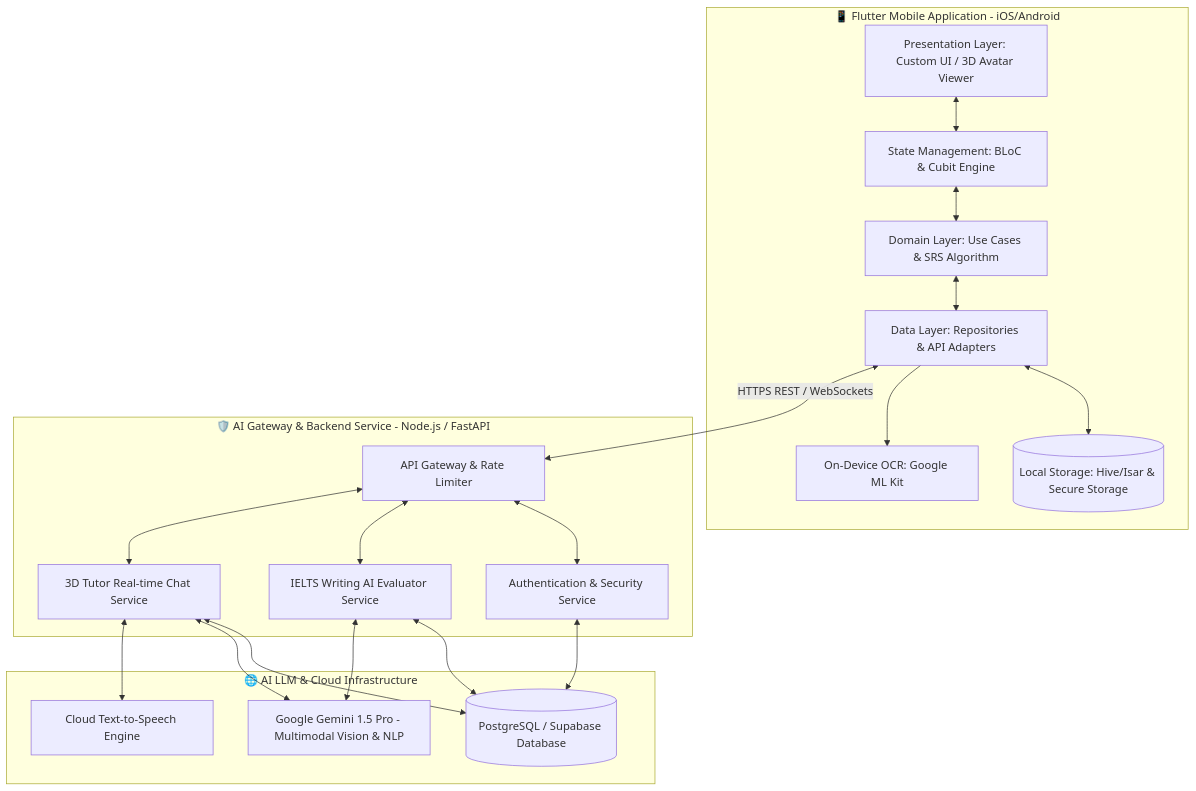
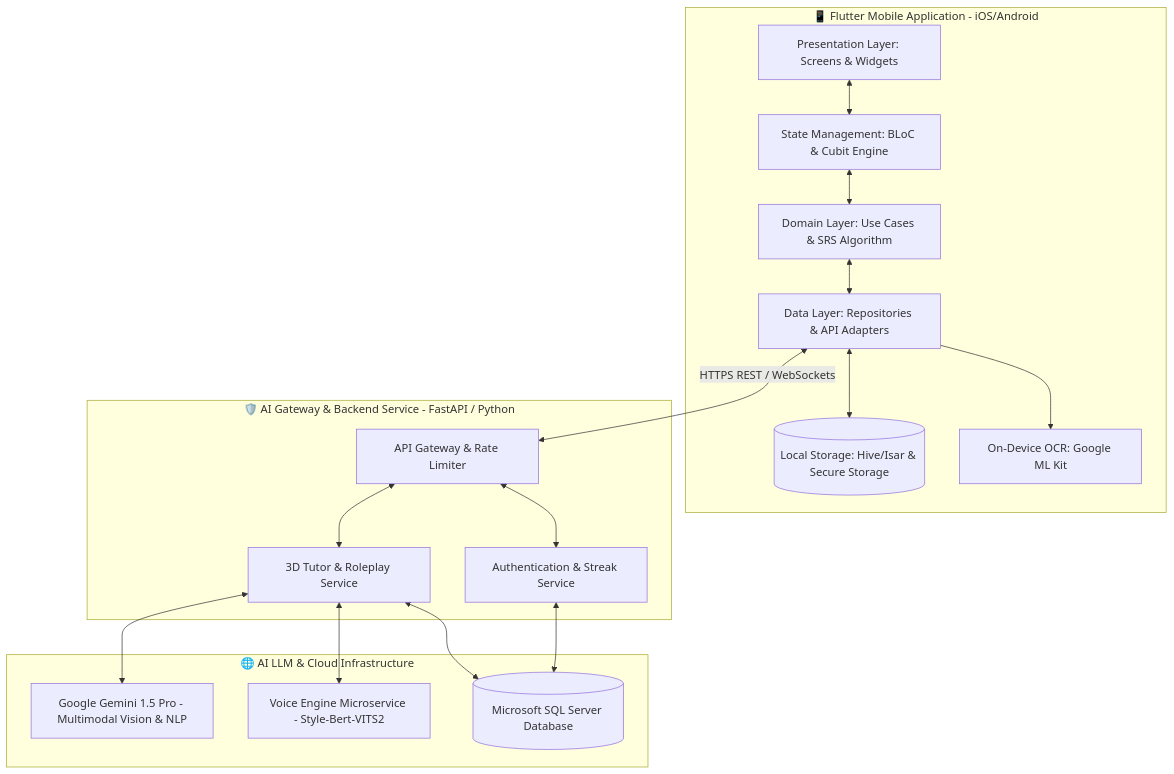
One commit to Johnyyd/LanguageLearningApp changed the diagram in docs/sdd_project_plan.md. Above: the diagram before and after it, drawn with Mermaid. The commit also changed other lines of this file and 11 other files, not shown here.

Commit message:
feat: implement AI avatar studio, dashboard streak tracking, and project documentation

````diff
--- a/docs/sdd_project_plan.md
+++ b/docs/sdd_project_plan.md
@@ -24,35 +30,34 @@
 ```mermaid
 graph TB
     subgraph Client [📱 Flutter Mobile Application - iOS/Android]
-        UI[Presentation Layer: Custom UI / 3D Avatar Viewer]
+        UI[Presentation Layer: Screens & Widgets]
         BLOC[State Management: BLoC & Cubit Engine]
         DOMAIN[Domain Layer: Use Cases & SRS Algorithm]
         DATA[Data Layer: Repositories & API Adapters]
         LOCAL[(Local Storage: Hive/Isar & Secure Storage)]
         OCR[On-Device OCR: Google ML Kit]
     end
 
-    subgraph Server [🛡️ AI Gateway & Backend Service - Node.js / FastAPI]
+    subgraph Server [🛡️ AI Gateway & Backend Service - FastAPI / Python]
         GATEWAY[API Gateway & Rate Limiter]
-        AUTH_SVC[Authentication & Security Service]
-        EVAL_SVC[IELTS Writing AI Evaluator Service]
-        CHAT_SVC[3D Tutor Real-time Chat Service]
+        AUTH_SVC[Authentication & Streak Service]
+        CHAT_SVC[3D Tutor & Roleplay Service]
     end
 
     subgraph AI_Cloud [🌐 AI LLM & Cloud Infrastructure]
         GEMINI[Google Gemini 1.5 Pro - Multimodal Vision & NLP]
-        TTS[Cloud Text-to-Speech Engine]
-        DB[(PostgreSQL / Supabase Database)]
+        VOICE[Voice Engine Microservice - Style-Bert-VITS2]
+        DB[(Microsoft SQL Server Database)]
     end
 
     UI <--> BLOC
     BLOC <--> DOMAIN
     DOMAIN <--> DATA
     DATA <--> LOCAL
     DATA --> OCR
     DATA <-->|HTTPS REST / WebSockets| GATEWAY
-    GATEWAY <--> AUTH_SVC & EVAL_SVC & CHAT_SVC
-    AUTH_SVC & EVAL_SVC & CHAT_SVC <--> DB
-    EVAL_SVC & CHAT_SVC <--> GEMINI
-    CHAT_SVC <--> TTS
+    GATEWAY <--> AUTH_SVC & CHAT_SVC
+    AUTH_SVC & CHAT_SVC <--> DB
+    CHAT_SVC <--> GEMINI
+    CHAT_SVC <--> VOICE
 ```
````
